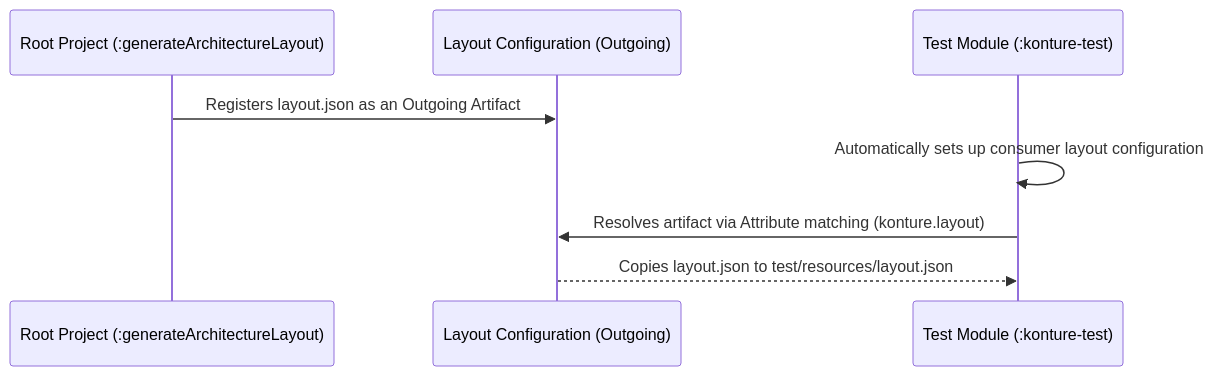
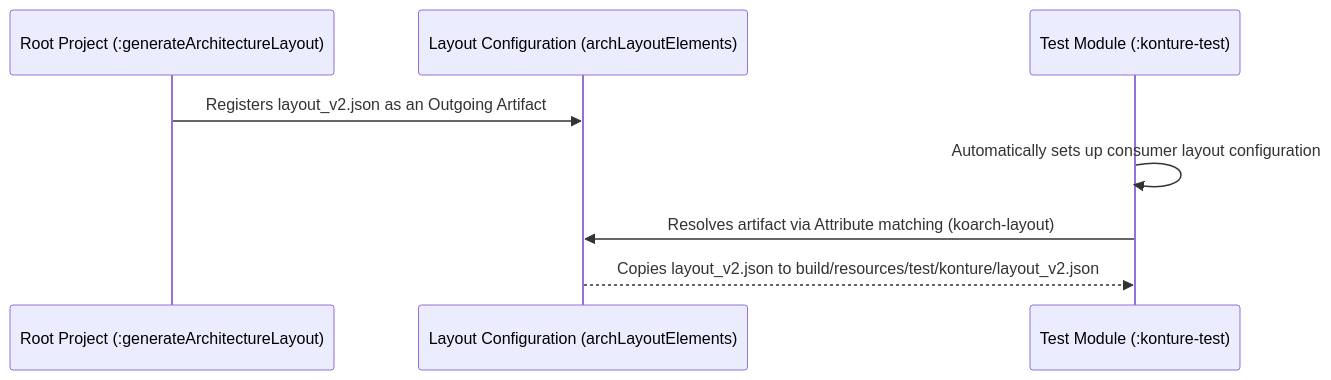
The second of 2 diagrams in docs/how_it_works.md (baole/konture), drawn with Mermaid before and after one commit. The commit also changed other lines of this file and 12 other files, not shown here.

````diff
--- a/docs/how_it_works.md
+++ b/docs/how_it_works.md
@@ -87,11 +87,11 @@
 ```mermaid
 sequenceDiagram
     participant Root as Root Project (:generateArchitectureLayout)
-    participant Out as Layout Configuration (Outgoing)
+    participant Out as Layout Configuration (archLayoutElements)
     participant Cons as Test Module (:konture-test)
 
-    Root->>Out: Registers layout.json as an Outgoing Artifact
+    Root->>Out: Registers layout_v2.json as an Outgoing Artifact
     Cons->>Cons: Automatically sets up consumer layout configuration
-    Cons->>Out: Resolves artifact via Attribute matching (konture.layout)
-    Out-->>Cons: Copies layout.json to test/resources/layout.json
+    Cons->>Out: Resolves artifact via Attribute matching (koarch-layout)
+    Out-->>Cons: Copies layout_v2.json to build/resources/test/konture/layout_v2.json
 ```
````
